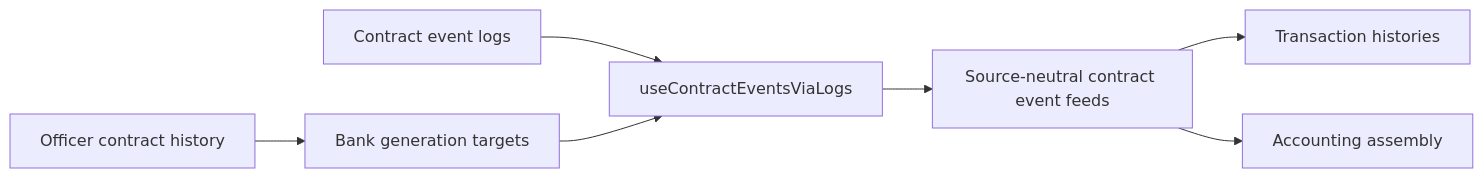
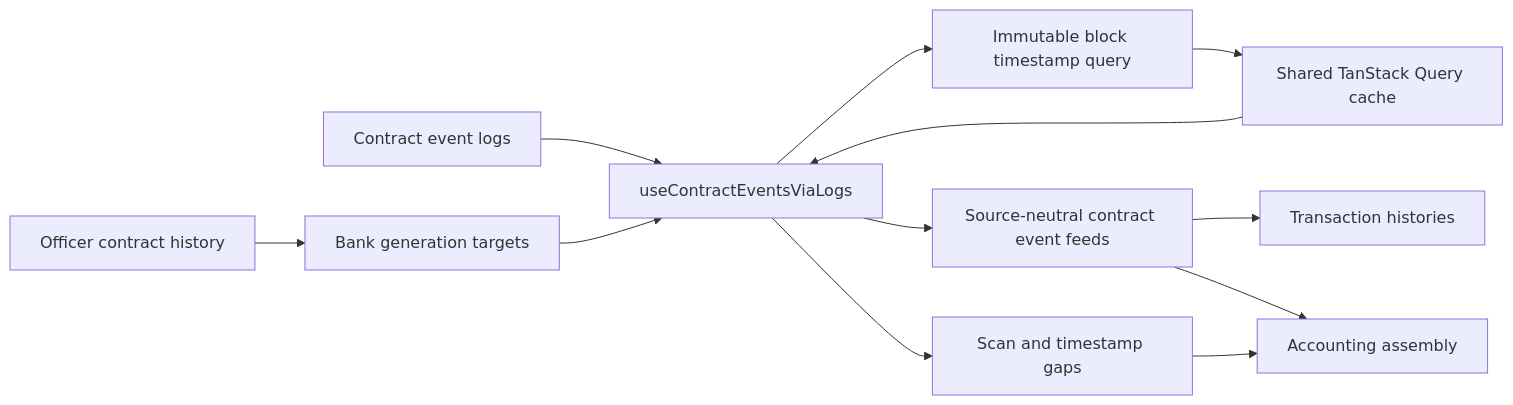
Before and after one commit to globe-and-citizen/cnc-portal: the diagram in docs/implementation/contract-event-feeds/README.md, drawn with Mermaid. The commit also changed other lines of this file and 3 other files, not shown here.

````diff
--- a/docs/implementation/contract-event-feeds/README.md
+++ b/docs/implementation/contract-event-feeds/README.md
@@ -18,9 +18,14 @@
 ```mermaid
 flowchart LR
   history[Officer contract history] --> bankTargets[Bank generation targets]
   contracts[Contract event logs] --> scan[useContractEventsViaLogs]
   bankTargets --> scan
+  scan --> timestampQuery[Immutable block timestamp query]
+  timestampQuery --> queryCache[Shared TanStack Query cache]
+  queryCache --> scan
   scan --> feeds[Source-neutral contract event feeds]
+  scan --> gaps[Scan and timestamp gaps]
   feeds --> histories[Transaction histories]
   feeds --> accounting[Accounting assembly]
+  gaps --> accounting
 ```
````
